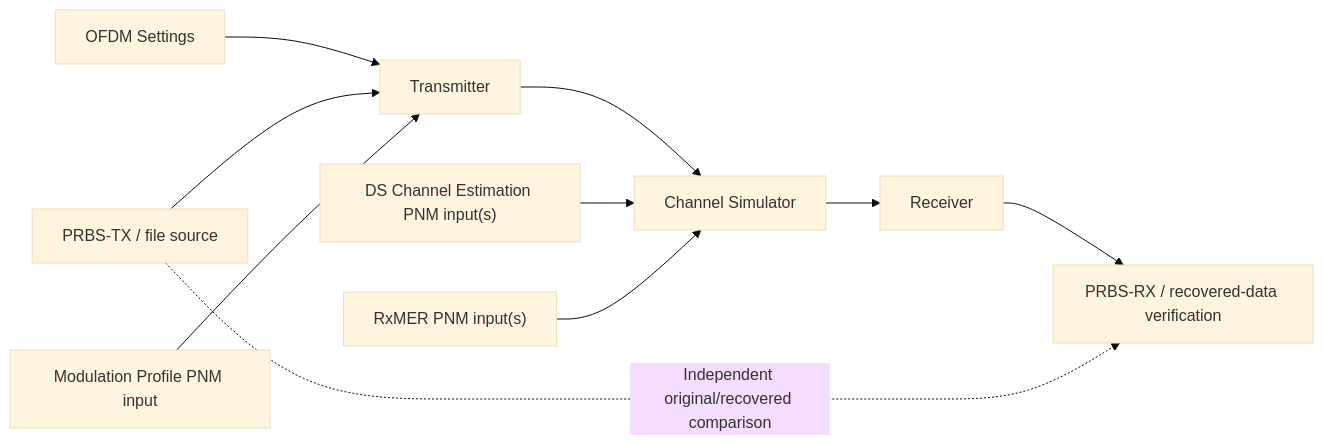
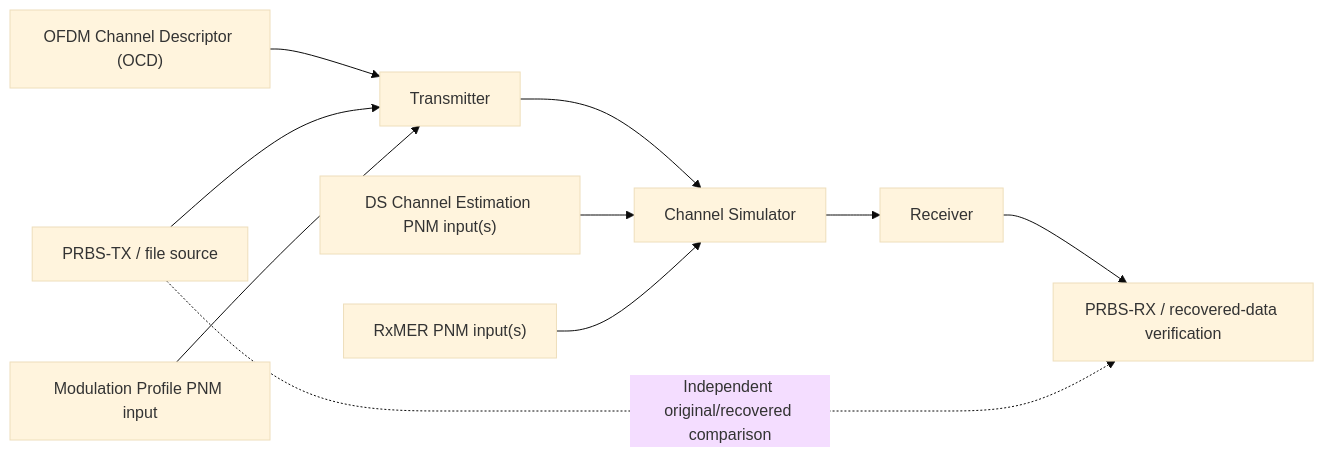
One commit to mgarcia01752/merlin changed the first of 3 diagrams in docs/architecture.md. Above: the diagram before and after it, drawn with Mermaid (base theme). The commit also changed other lines of this file and 22 other files, not shown here.

````diff
--- a/docs/architecture.md
+++ b/docs/architecture.md
@@ -173,11 +174,11 @@
 ```mermaid
 flowchart LR
-    SETTINGS["OFDM Settings"] --> TX["Transmitter"]
+    SETTINGS["OFDM Channel Descriptor (OCD)"] --> TX["Transmitter"]
     SOURCE["PRBS-TX / file source"] --> TX
     PROFILE["Modulation Profile PNM input"] --> TX
     TX --> CHANNEL["Channel Simulator"] --> RX["Receiver"]
     CE["DS Channel Estimation PNM input(s)"] --> CHANNEL
     MER["RxMER PNM input(s)"] --> CHANNEL
     RX --> VERIFY["PRBS-RX / recovered-data verification"]
     SOURCE -. "Independent original/recovered comparison" .-> VERIFY
 ```
````
